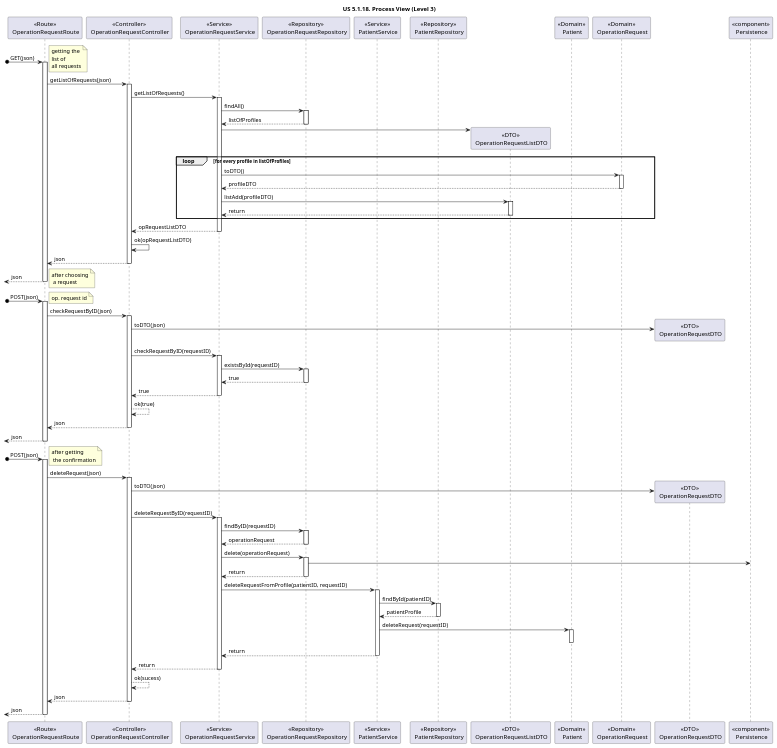
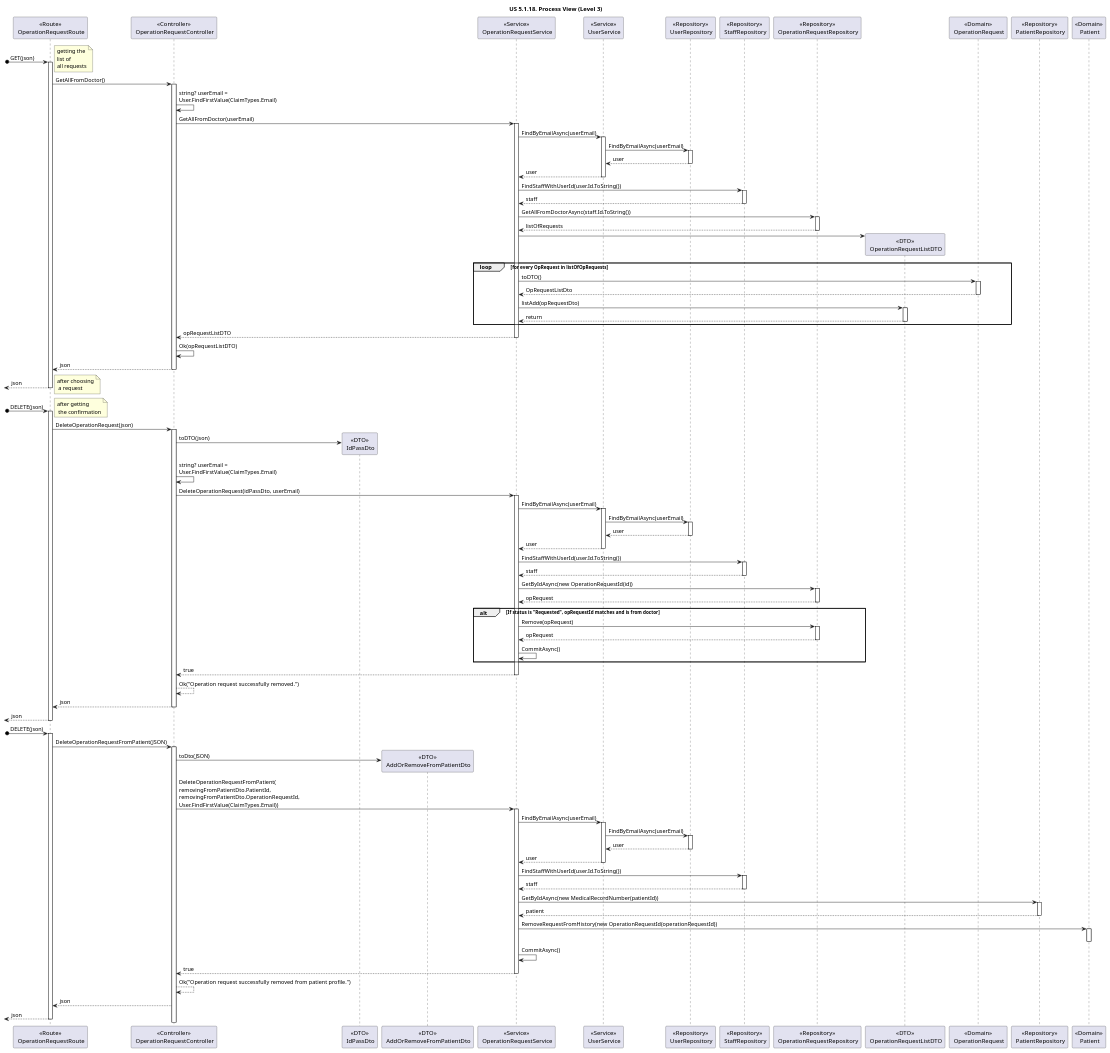
One commit to rita-barbosa/LAPR5-2425 changed the diagram in docs/sprint-1/1220738/us-5.1.18/Diagrams/Views/process-view-level-3.puml. Above: the diagram before and after it, drawn with PlantUML. The commit also changed 2 other files, not shown here.

```diff
--- a/docs/sprint-1/1220738/us-5.1.18/Diagrams/Views/process-view-level-3.puml
+++ b/docs/sprint-1/1220738/us-5.1.18/Diagrams/Views/process-view-level-3.puml
@@ -1,140 +1,172 @@
 @startuml
 title "US 5.1.18. Process View (Level 3)"
 
 participant "<<Route>>\n OperationRequestRoute" as ROUTE
 participant "<<Controller>>\n OperationRequestController" as CONTROL
+participant "<<DTO>>\n IdPassDto" as OPRESDTO
+participant "<<DTO>>\n AddOrRemoveFromPatientDto" as REMOVEDto
 participant "<<Service>>\n OperationRequestService" as SERV
+participant "<<Service>>\n UserService" as USERServ
+participant "<<Repository>>\n UserRepository" as USERRepo
+participant "<<Repository>>\n StaffRepository" as STAFFRepo
 participant "<<Repository>>\n OperationRequestRepository" as REPO
-participant "<<Service>>\n PatientService" as PSERV
+participant "<<DTO>>\n OperationRequestListDTO" as LISTDTO
+participant "<<Domain>>\n OperationRequest" as OPRES
 participant "<<Repository>>\n PatientRepository" as PREPO
-participant "<<DTO>>\n OperationRequestListDTO" as LISTDTO
 participant "<<Domain>>\n Patient" as PAT
-participant "<<Domain>>\n OperationRequest" as OPRES
-participant "<<DTO>>\n OperationRequestDTO" as OPRESDTO
-participant "<<component>>\n Persistence" as PERSISTENCE
 
 [o-> ROUTE : GET(json)
 note right : getting the \nlist of \nall requests
 
 Activate ROUTE
 
-ROUTE -> CONTROL : getListOfRequests(json)
+ROUTE -> CONTROL : GetAllFromDoctor()
 
 Activate CONTROL
 
-CONTROL -> SERV : getListOfRequests()
+CONTROL -> CONTROL : string? userEmail =\nUser.FindFirstValue(ClaimTypes.Email)
+
+CONTROL -> SERV : GetAllFromDoctor(userEmail)
 Activate SERV
 
-SERV -> REPO : findAll() 
-Activate REPO
+SERV -> USERServ : FindByEmailAsync(userEmail)
+Activate USERServ
+USERServ -> USERRepo : FindByEmailAsync(userEmail)
+activate USERRepo 
+USERRepo --> USERServ : user
+deactivate USERRepo
+USERServ --> SERV : user
+deactivate USERServ 
 
-REPO --> SERV : listOfProfiles
-Deactivate REPO
+SERV -> STAFFRepo : FindStaffWithUserId(user.Id.ToString())
+activate STAFFRepo 
+STAFFRepo --> SERV : staff
+deactivate STAFFRepo
 
+SERV -> REPO : GetAllFromDoctorAsync(staff.Id.ToString())
+activate REPO
+REPO --> SERV : listOfRequests
+deactivate REPO
 
 SERV -> LISTDTO**
-loop for every profile in listOfProfiles
+loop for every OpRequest in listOfOpRequests
 SERV -> OPRES : toDTO()
 activate OPRES
-OPRES --> SERV : profileDTO
+OPRES --> SERV : OpRequestListDto
 deactivate OPRES
-SERV -> LISTDTO : listAdd(profileDTO)
+SERV -> LISTDTO : listAdd(opRequestDto)
 activate LISTDTO
 LISTDTO --> SERV : return
 deactivate LISTDTO
 end
 
 SERV --> CONTROL : opRequestListDTO
 Deactivate SERV
 
-CONTROL -> CONTROL : ok(opRequestListDTO)
+CONTROL -> CONTROL : Ok(opRequestListDTO)
 
 CONTROL --> ROUTE : json
 Deactivate CONTROL
 <-- ROUTE : json
 
 Deactivate ROUTE
 
 note right : after choosing\n a request
 
-[o-> ROUTE : POST(json)
-note right : op. request id
+[o-> ROUTE : DELETE(json)
+note right : after getting\n the confirmation
 
 Activate ROUTE
 
-ROUTE -> CONTROL : checkRequestByID(json)
+ROUTE -> CONTROL : DeleteOperationRequest(json)
 
 Activate CONTROL
 
 CONTROL -> OPRESDTO** : toDTO(json)
 
-CONTROL -> SERV : checkRequestByID(requestID)
+CONTROL -> CONTROL : string? userEmail =\nUser.FindFirstValue(ClaimTypes.Email)
+
+CONTROL -> SERV : DeleteOperationRequest(idPassDto, userEmail)
 Activate SERV
 
-SERV -> REPO : existsById(requestID)
+SERV -> USERServ : FindByEmailAsync(userEmail)
+Activate USERServ
+USERServ -> USERRepo : FindByEmailAsync(userEmail)
+activate USERRepo 
+USERRepo --> USERServ : user
+deactivate USERRepo
+USERServ --> SERV : user
+deactivate USERServ 
+
+SERV -> STAFFRepo : FindStaffWithUserId(user.Id.ToString())
+activate STAFFRepo 
+STAFFRepo --> SERV : staff
+deactivate STAFFRepo
+
+SERV -> REPO : GetByIdAsync(new OperationRequestId(id))
 activate REPO
-REPO --> SERV : true
+REPO --> SERV : opRequest
 deactivate REPO
+
+alt If status is "Requested", opRequestId matches and is from doctor
+SERV -> REPO : Remove(opRequest)
+activate REPO
+REPO --> SERV : opRequest
+deactivate REPO
+SERV -> SERV : CommitAsync()
+end
 
 SERV --> CONTROL : true
 deactivate SERV
-
-CONTROL --> CONTROL : ok(true)
+CONTROL --> CONTROL : Ok("Operation request successfully removed.")
 CONTROL --> ROUTE : json
 deactivate CONTROL
 
 <-- ROUTE : json
 deactivate ROUTE
 
-[o-> ROUTE : POST(json)
-note right : after getting\n the confirmation
-
+[o-> ROUTE : DELETE(json)
 Activate ROUTE
 
-ROUTE -> CONTROL : deleteRequest(json)
-
+ROUTE -> CONTROL : DeleteOperationRequestFromPatient(JSON)
 Activate CONTROL
 
-CONTROL -> OPRESDTO** : toDTO(json)
+CONTROL -> REMOVEDto** : toDto(JSON)
 
-CONTROL -> SERV : deleteRequestByID(requestID)
-Activate SERV
+CONTROL -> SERV : DeleteOperationRequestFromPatient(\nremovingFromPatientDto.PatientId,\nremovingFromPatientDto.OperationRequestId,\nUser.FindFirstValue(ClaimTypes.Email))
+activate SERV
 
-SERV -> REPO : findByID(requestID)
-activate REPO
-REPO --> SERV : operationRequest
-deactivate REPO
+SERV -> USERServ : FindByEmailAsync(userEmail)
+Activate USERServ
+USERServ -> USERRepo : FindByEmailAsync(userEmail)
+activate USERRepo 
+USERRepo --> USERServ : user
+deactivate USERRepo
+USERServ --> SERV : user
+deactivate USERServ 
 
-SERV -> REPO : delete(operationRequest)
-activate REPO
-REPO -> PERSISTENCE 
-REPO --> SERV : return
-deactivate REPO
+SERV -> STAFFRepo : FindStaffWithUserId(user.Id.ToString())
+activate STAFFRepo 
+STAFFRepo --> SERV : staff
+deactivate STAFFRepo
 
-SERV -> PSERV : deleteRequestFromProfile(patientID, requestID)
-activate PSERV
-
-PSERV -> PREPO : findById(patientID)
+SERV -> PREPO : GetByIdAsync(new MedicalRecordNumber(patientId))
 activate PREPO
-PREPO --> PSERV : patientProfile
+PREPO --> SERV : patient
 deactivate PREPO
 
-PSERV -> PAT : deleteRequest(requestID)
+SERV -> PAT : RemoveRequestFromHistory(new OperationRequestId(operationRequestId)) 
 activate PAT
 deactivate PAT
 
-
-PSERV --> SERV : return
-deactivate PSERV
-SERV --> CONTROL : return
+SERV -> SERV : CommitAsync()
+SERV --> CONTROL : true
 deactivate SERV
 
-CONTROL --> CONTROL : ok(sucess)
+CONTROL --> CONTROL : Ok("Operation request successfully removed from patient profile.")
 CONTROL --> ROUTE : json
-deactivate CONTROL
 
 <-- ROUTE : json
 deactivate ROUTE
 
-
 @enduml
```
